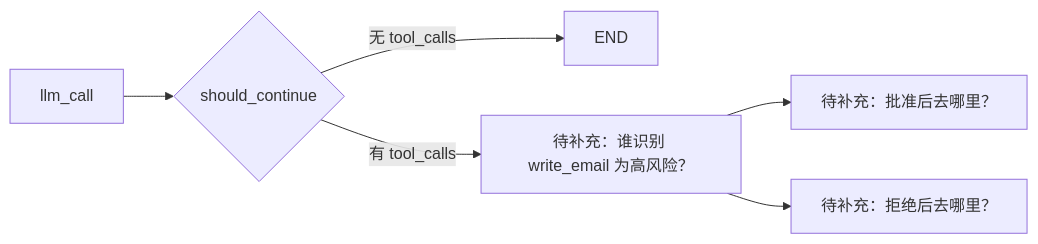
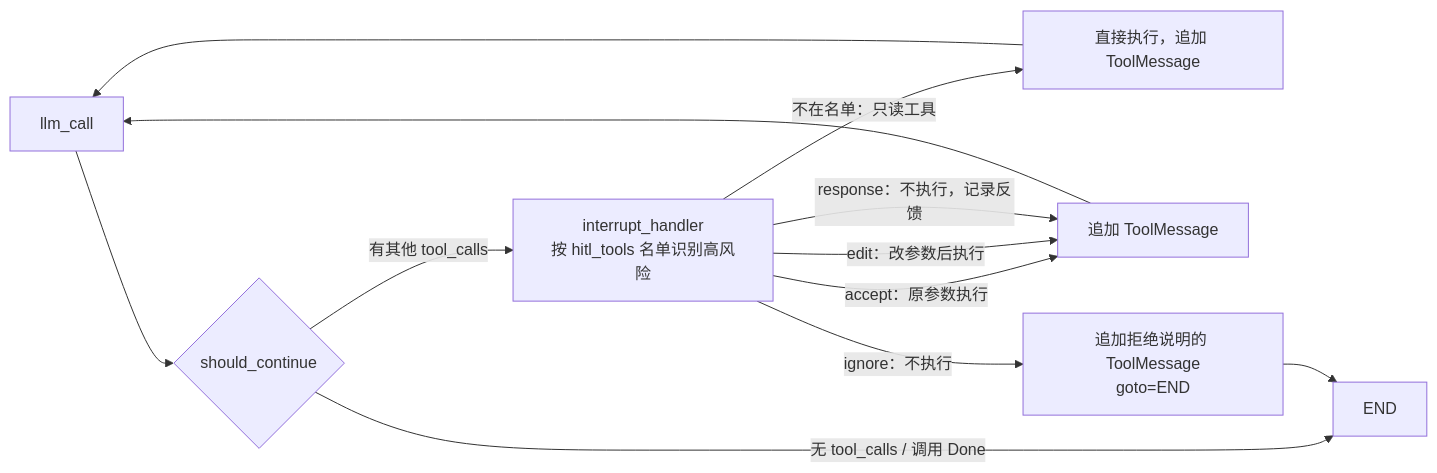
Before and after one commit to coderpwh1024/agents-from-scratch: the diagram in notes/session-02-write-email-boundary.md, drawn with Mermaid. The commit also changed other lines of this file and 1 other file, not shown here.

First line of the commit message:
docs(notes): complete session 02 write_email boundary audit

````diff
--- a/notes/session-02-write-email-boundary.md
+++ b/notes/session-02-write-email-boundary.md
@@ -54,8 +70,14 @@
 ```mermaid
 flowchart LR
     A[llm_call] --> B{should_continue}
-    B -->|无 tool_calls| Z[END]
-    B -->|有 tool_calls| C[待补充：谁识别 write_email 为高风险？]
-    C --> D[待补充：批准后去哪里？]
-    C --> E[待补充：拒绝后去哪里？]
+    B -->|无 tool_calls / 调用 Done| Z[END]
+    B -->|有其他 tool_calls| C[interrupt_handler<br/>按 hitl_tools 名单识别高风险]
+    C -->|不在名单：只读工具| F[直接执行，追加 ToolMessage]
+    C -->|accept：原参数执行| G[追加 ToolMessage]
+    C -->|edit：改参数后执行| G
+    C -->|response：不执行，记录反馈| G
+    C -->|ignore：不执行| E[追加拒绝说明的 ToolMessage<br/>goto=END]
+    F --> A
+    G --> A
+    E --> Z
 ```
````
